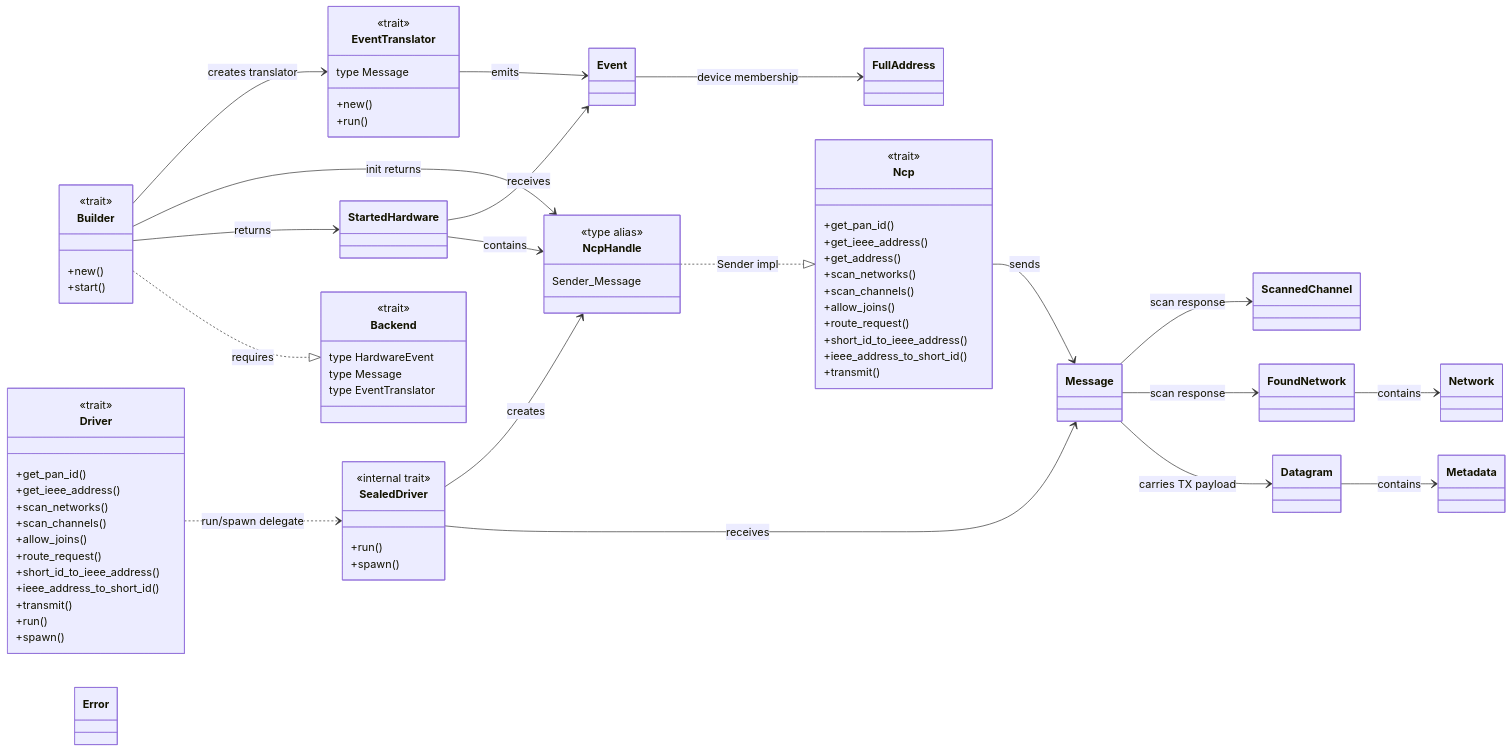
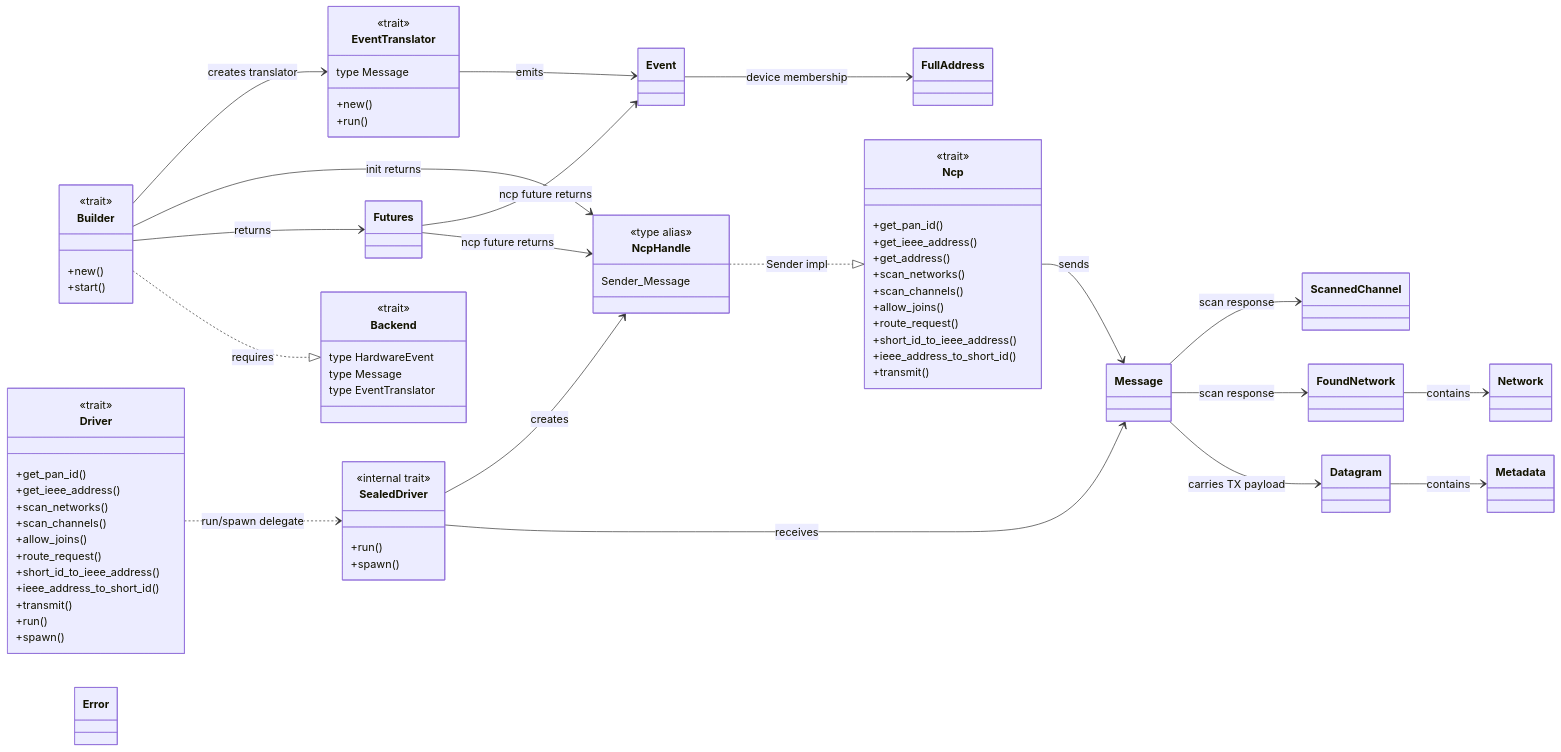
One commit to PaulmannLighting/apis-saltans changed the first of 4 diagrams in hw/ARCHITECTURE.md. Above: the diagram before and after it, drawn with Mermaid. The commit also changed other lines of this file and 3 other files, not shown here.

```diff
--- a/hw/ARCHITECTURE.md
+++ b/hw/ARCHITECTURE.md
@@ -128,7 +128,7 @@
         +run()
     }
 
-    class StartedHardware
+    class Futures
     class Message
     class Event
     class FullAddress
@@ -140,11 +140,11 @@
     class Error
 
     Builder ..|> Backend : requires
-    Builder --> StartedHardware : returns
+    Builder --> Futures : returns
     Builder --> NcpHandle : init returns
     Builder --> EventTranslator : creates translator
-    StartedHardware --> NcpHandle : contains
-    StartedHardware --> Event : receives
+    Futures --> NcpHandle : ncp future returns
+    Futures --> Event : ncp future returns
     Event --> FullAddress : device membership
     EventTranslator --> Event : emits
     Driver ..> SealedDriver : run/spawn delegate
```
